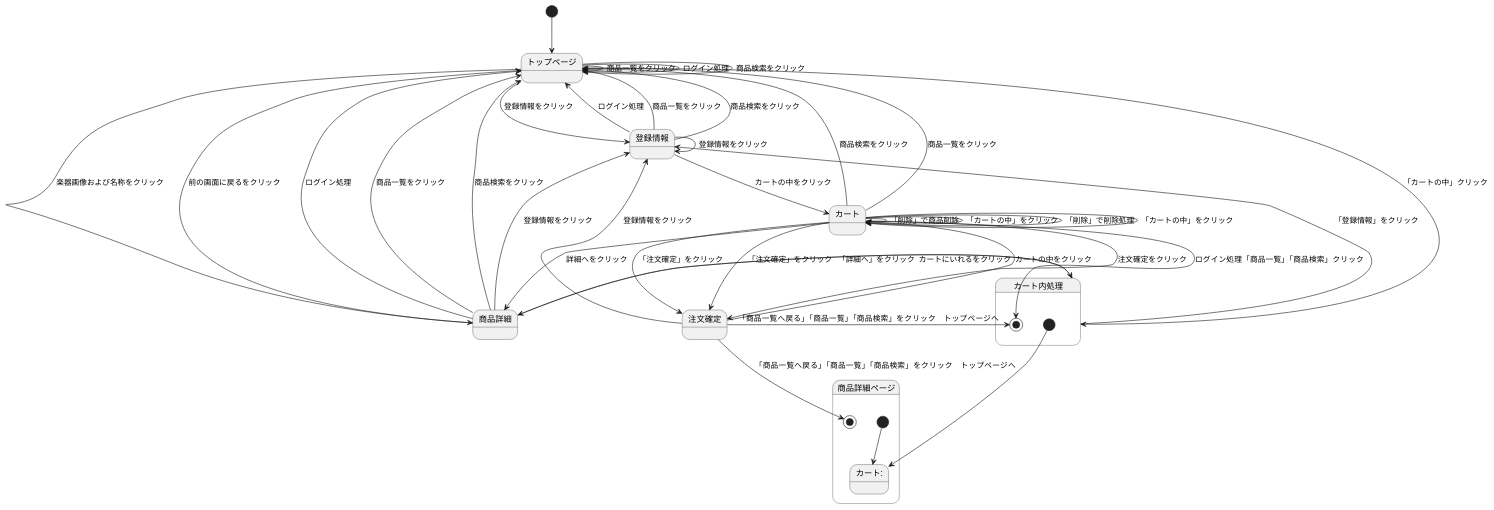
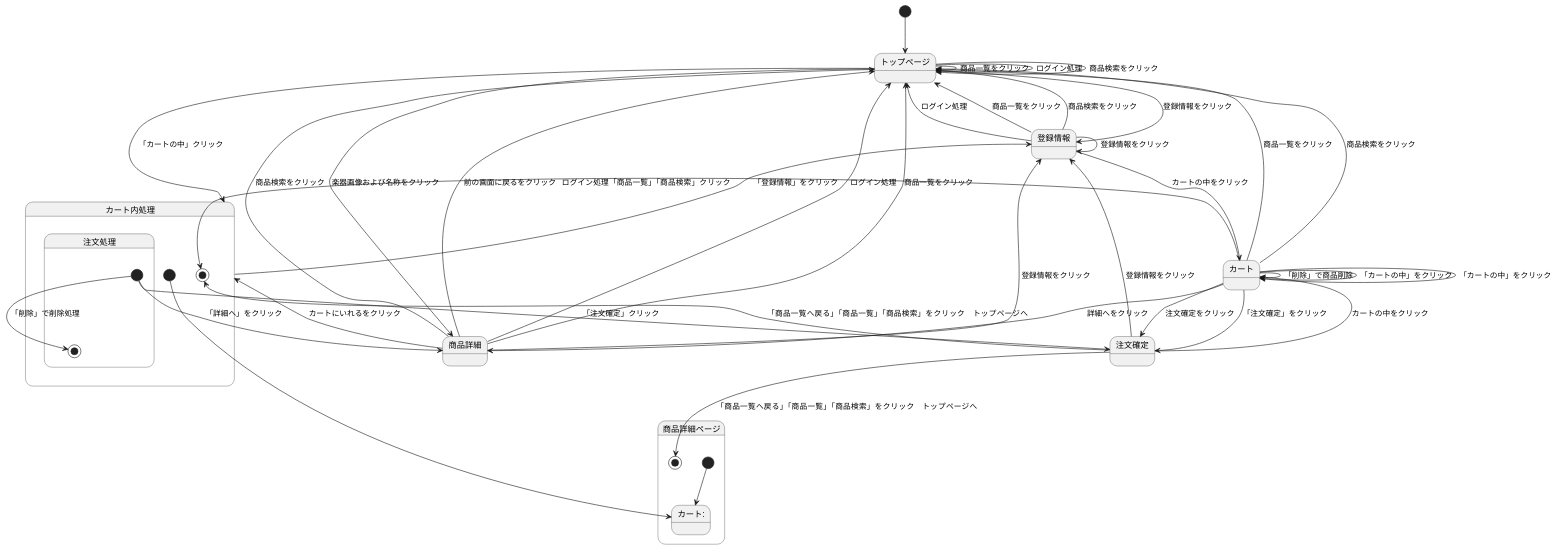
One commit to Aso2001374/2021sys-design changed the third of 3 diagrams in stm01.md. Above: the diagram before and after it, drawn with PlantUML.

````diff
--- a/stm01.md
+++ b/stm01.md
@@ -55,59 +55,64 @@
 ```uml
 @startuml
 [*] --> トップページ
 
 トップページ--> トップページ : 商品一覧をクリック
 トップページ--> トップページ : ログイン処理
 トップページ--> トップページ : 商品検索をクリック
 トップページ--> カート内処理 : 「カートの中」クリック
 トップページ--> 登録情報 : 登録情報をクリック
 トップページ--> 商品詳細 : 楽器画像および名称をクリック
 
 
 商品詳細--> トップページ : 前の画面に戻るをクリック
 商品詳細--> トップページ : ログイン処理
 商品詳細--> トップページ : 商品一覧をクリック
 商品詳細--> トップページ : 商品検索をクリック
 商品詳細--> 登録情報 : 登録情報をクリック
 
 カート --> 商品詳細 : 詳細へをクリック
 
 カート --> トップページ : 商品一覧をクリック
 カート --> トップページ : 商品検索をクリック
 
 カート-->注文確定 : 注文確定をクリック
 
 登録情報 --> トップページ : ログイン処理
 登録情報 --> トップページ : 商品一覧をクリック
 登録情報 --> トップページ : 商品検索をクリック
 登録情報 --> カート : カートの中をクリック
 登録情報 --> 登録情報 : 登録情報をクリック
 
 
 注文確定 --> カート : カートの中をクリック
 注文確定 --> 登録情報 : 登録情報をクリック
 
 state 商品詳細ページ{
 [*] --> カート:
 カート--> 注文確定: 「注文確定」をクリック
 カート--> カート: 「削除」で商品削除
 カート--> カート: 「カートの中」をクリック
 注文確定--> [*]: 「商品一覧へ戻る」「商品一覧」「商品検索」をクリック　トップページへ
 }
 
 商品詳細--> カート内処理 : カートにいれるをクリック
 
 state カート内処理{
 [*] --> カート:
-カート--> 注文確定: 「注文確定」をクリック
-カート--> カート: 「削除」で削除処理
+state 注文処理{
+[*]--> 注文確定: 「注文確定」クリック
+[*]--> 商品詳細 : 「詳細へ」をクリック
+[*]--> [*]: 「削除」で削除処理
+}
+
+
 カート--> カート: 「カートの中」をクリック
 注文確定--> [*]: 「商品一覧へ戻る」「商品一覧」「商品検索」をクリック　トップページへ
 カート--> [*]: ログイン処理「商品一覧」「商品検索」クリック
 }
-カート内処理--> 商品詳細 : 「詳細へ」をクリック
+
 カート内処理--> 登録情報 : 「登録情報」をクリック
 
 
 @enduml
 ```
````
